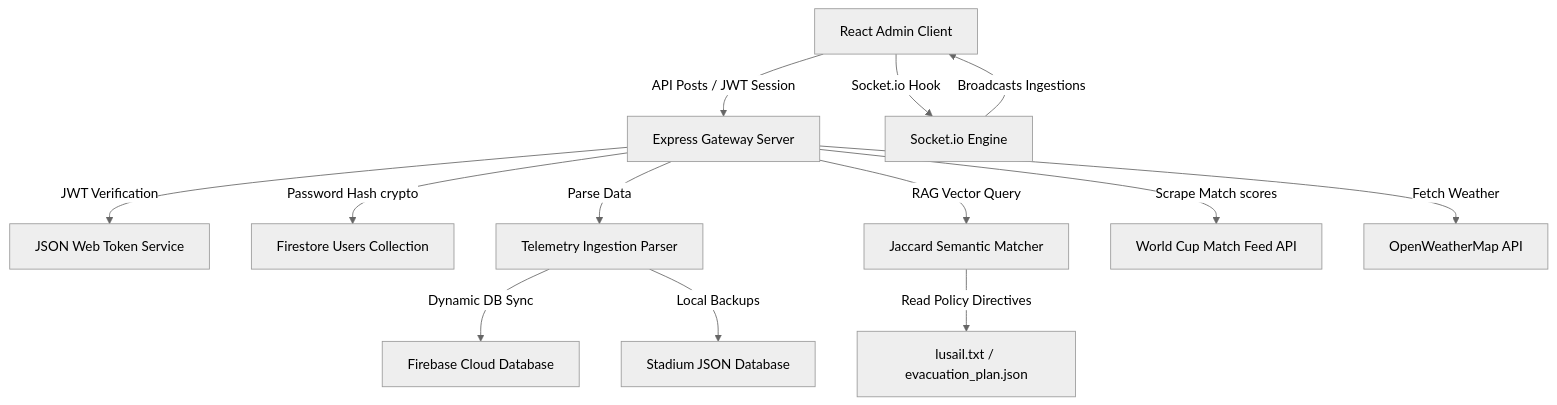
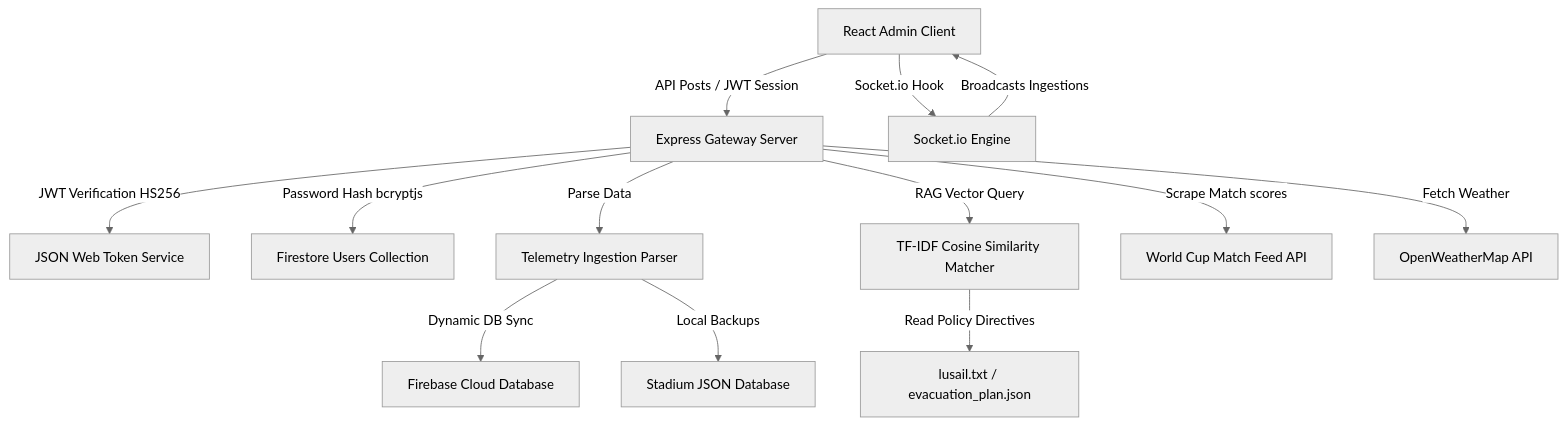
Before and after one commit to Kubojah-Dan/VenueOS-AI: the diagram in README.md, drawn with Mermaid (neutral theme). The commit also changed other lines of this file, not shown here.

Commit message:
Docs: updated README.md to document the newly integrated bcryptjs hashing and TF-IDF Cosine Similarity vector store

````diff
--- a/README.md
+++ b/README.md
@@ -11,26 +11,26 @@
 ```mermaid
 graph TD
     %% Clients
     Browser[React Admin Client] -->|API Posts / JWT Session| Server[Express Gateway Server]
     Browser -->|Socket.io Hook| Socket[Socket.io Engine]
     
     %% Authentication
-    Server -->|JWT Verification| JWT[JSON Web Token Service]
-    Server -->|Password Hash crypto| AuthDB[Firestore Users Collection]
+    Server -->|JWT Verification HS256| JWT[JSON Web Token Service]
+    Server -->|Password Hash bcryptjs| AuthDB[Firestore Users Collection]
     
     %% Ingestions
     Server -->|Parse Data| Ingest[Telemetry Ingestion Parser]
     Ingest -->|Dynamic DB Sync| Firestore[Firebase Cloud Database]
     Ingest -->|Local Backups| JSONDB[Stadium JSON Database]
     
     %% RAG Brains
-    Server -->|RAG Vector Query| RAG[Jaccard Semantic Matcher]
+    Server -->|RAG Vector Query| RAG[TF-IDF Cosine Similarity Matcher]
     RAG -->|Read Policy Directives| IngestDocs[lusail.txt / evacuation_plan.json]
     
     %% Live Feeds
     Server -->|Scrape Match scores| WorldCupAPI[World Cup Match Feed API]
     Server -->|Fetch Weather| WeatherAPI[OpenWeatherMap API]
 
     %% Real-time Sync
     Socket -->|Broadcasts Ingestions| Browser
 ```
````
